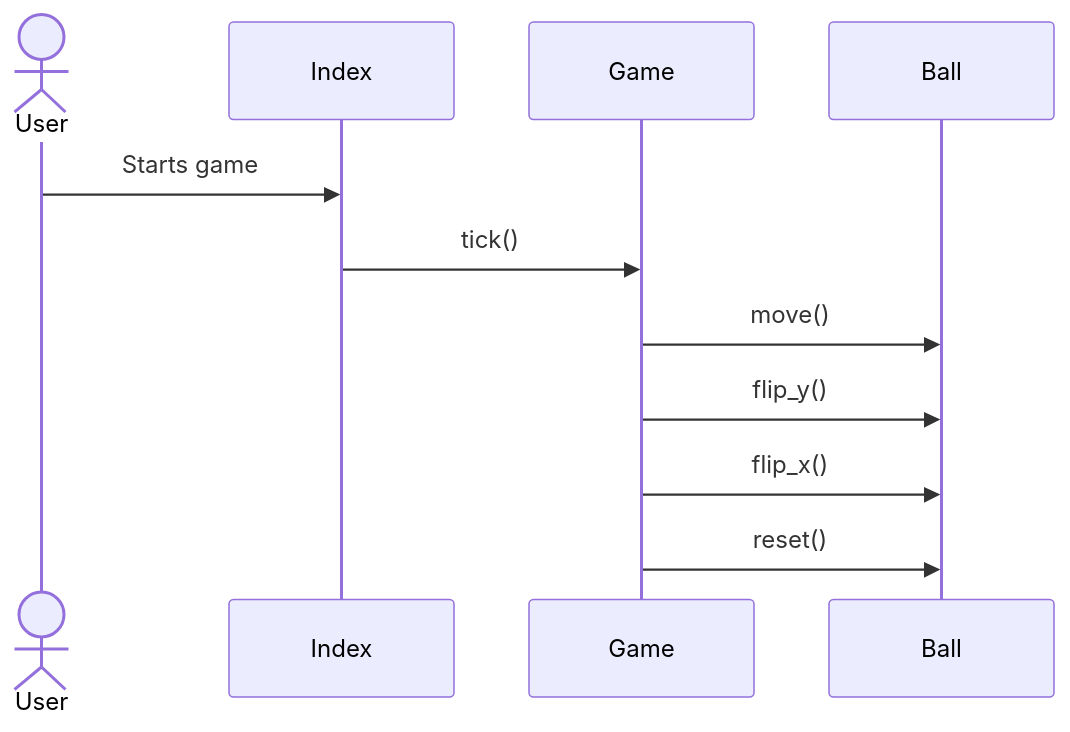
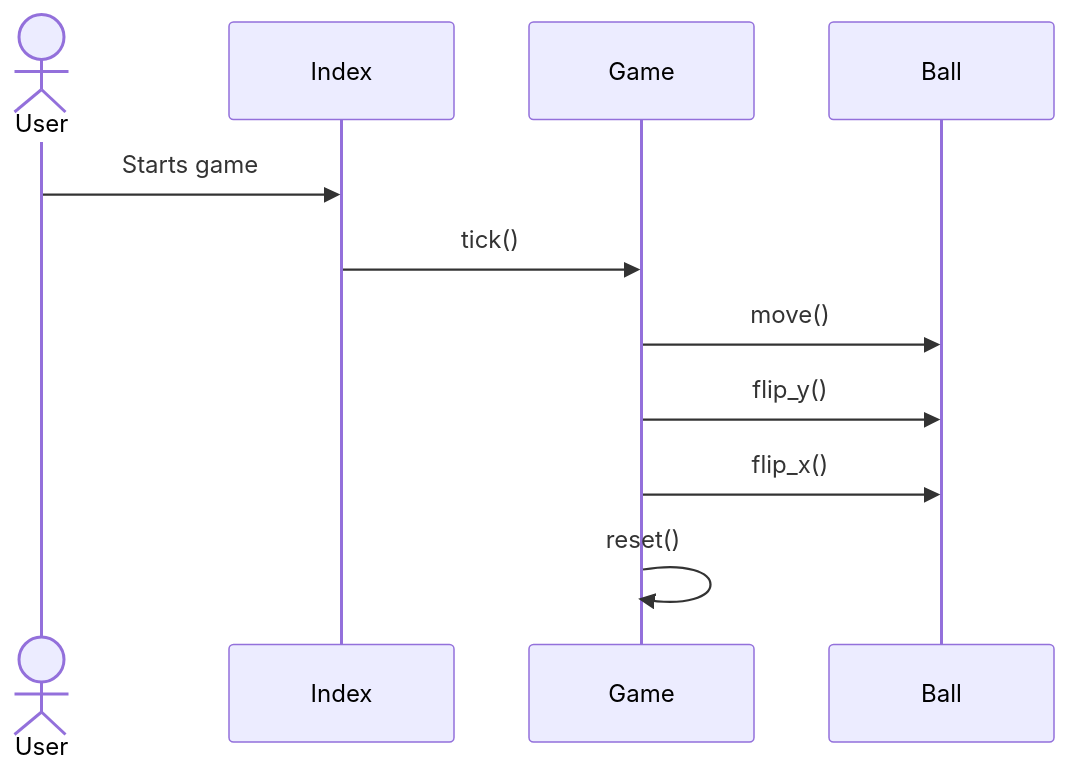
The second of 2 diagrams in dokumentaatio/arkkitehtuuri.md (sebastian-lehto/ot-harjoitustyo), drawn with Mermaid before and after one commit.

````diff
--- a/dokumentaatio/arkkitehtuuri.md
+++ b/dokumentaatio/arkkitehtuuri.md
@@ -21,13 +21,13 @@
 ```mermaid
 sequenceDiagram
   actor User
   participant Index
   participant Game
   participant Ball
   User->>Index: Starts game
   Index->>Game: tick()
   Game->>Ball: move()
   Game->>Ball: flip_y()
   Game->>Ball: flip_x()
-  Game->>Ball: reset()
+  Game->>Game: reset()
 ```
````
